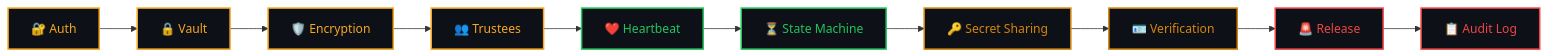
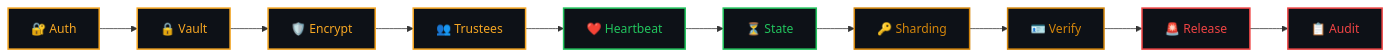
One commit to DevNovaOps/AegisVault changed the sixth of 6 diagrams in README.md. Above: the diagram before and after it, drawn with Mermaid. The commit also changed other lines of this file, not shown here.

````diff
--- a/README.md
+++ b/README.md
@@ -1085,23 +1192,23 @@
 ```mermaid
 graph LR
     A["🔐 Auth"] --> B["🔒 Vault"]
-    B --> C["🛡️ Encryption"]
+    B --> C["🛡️ Encrypt"]
     C --> D["👥 Trustees"]
     D --> E["❤️ Heartbeat"]
-    E --> F["⏳ State Machine"]
-    F --> G["🔑 Secret Sharing"]
-    G --> H["🪪 Verification"]
+    E --> F["⏳ State"]
+    F --> G["🔑 Sharding"]
+    G --> H["🪪 Verify"]
     H --> I["🚨 Release"]
-    I --> J["📋 Audit Log"]
+    I --> J["📋 Audit"]
 
     style A fill:#0d1117,stroke:#f5a623,stroke-width:2px,color:#f5a623
     style B fill:#0d1117,stroke:#f5a623,stroke-width:2px,color:#f5a623
     style C fill:#0d1117,stroke:#f5a623,stroke-width:2px,color:#f5a623
     style D fill:#0d1117,stroke:#f5a623,stroke-width:2px,color:#f5a623
     style E fill:#0d1117,stroke:#22c55e,stroke-width:2px,color:#22c55e
     style F fill:#0d1117,stroke:#22c55e,stroke-width:2px,color:#22c55e
     style G fill:#0d1117,stroke:#d4860b,stroke-width:2px,color:#d4860b
     style H fill:#0d1117,stroke:#d4860b,stroke-width:2px,color:#d4860b
     style I fill:#0d1117,stroke:#ef4444,stroke-width:2px,color:#ef4444
     style J fill:#0d1117,stroke:#ef4444,stroke-width:2px,color:#ef4444
 ```
````
